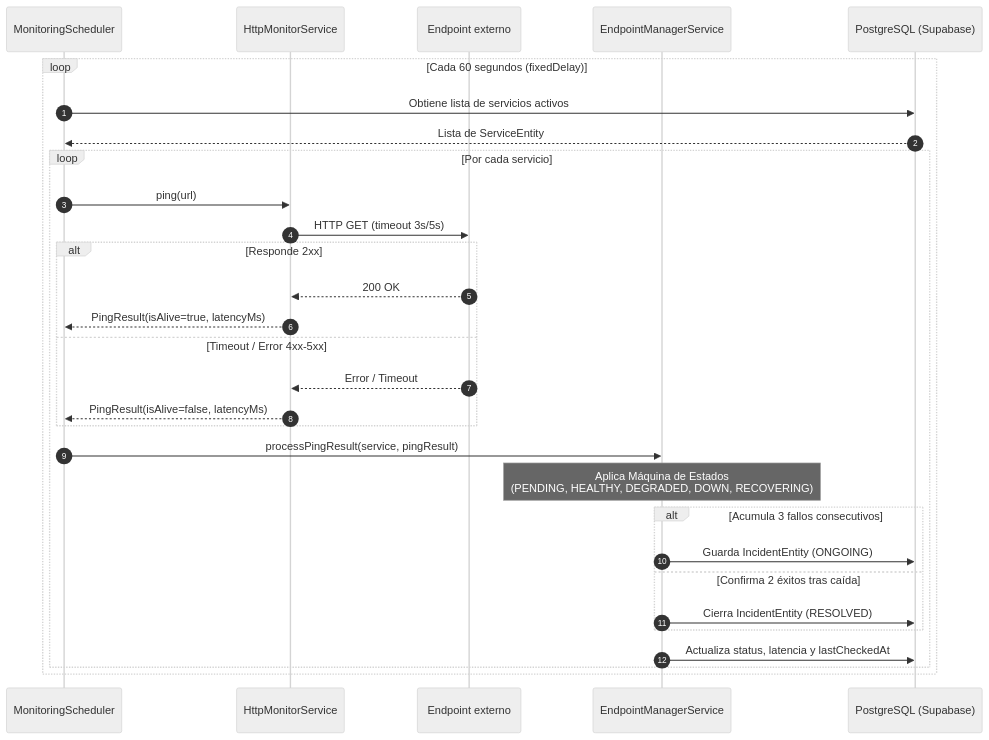
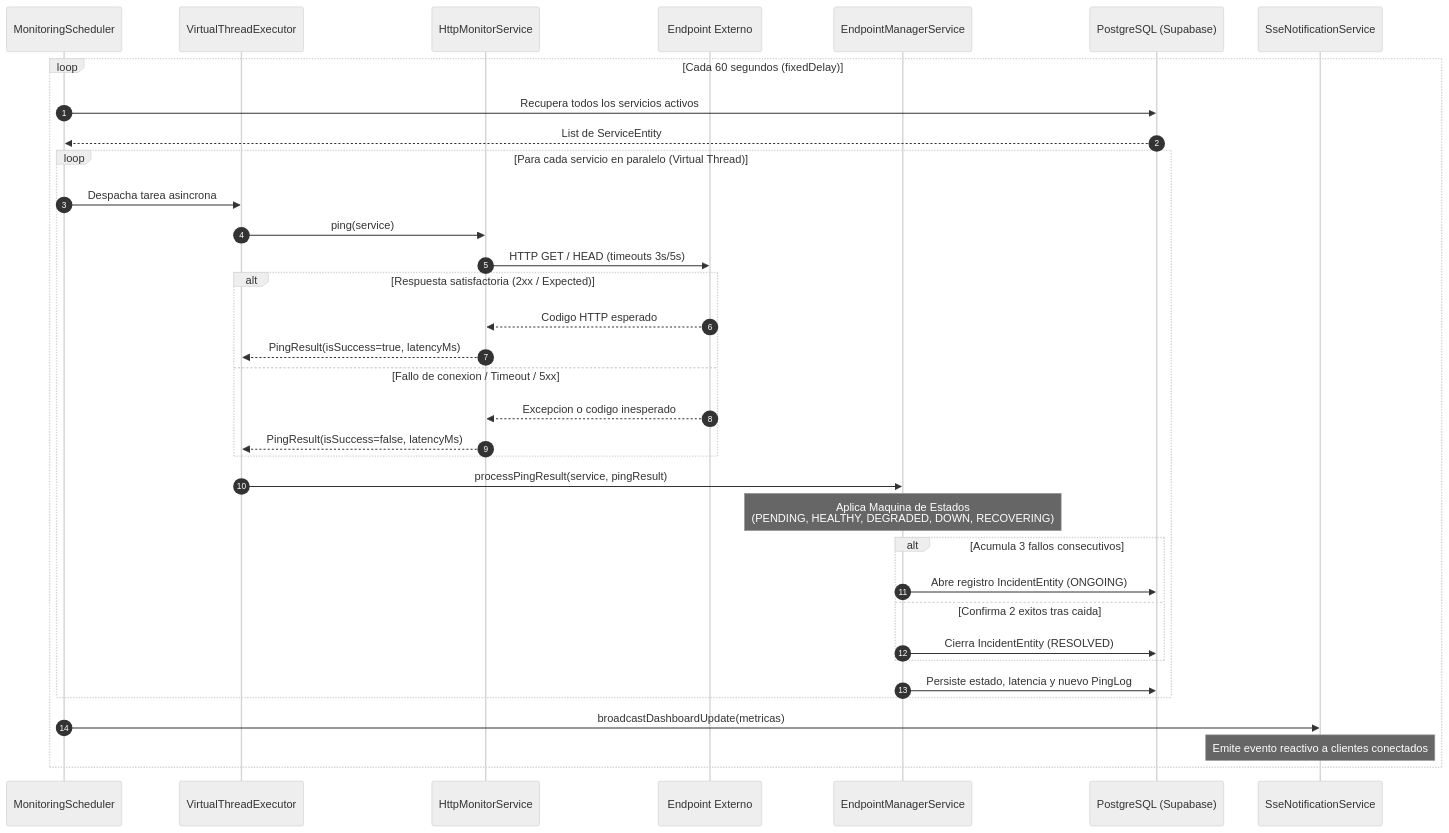
The third of 3 diagrams in docs/ARCHITECTURE.md (Marcosdaag/deploy-ops), drawn with Mermaid (neutral theme) before and after one commit. The commit also changed other lines of this file and 4 other files, not shown here.

````diff
--- a/docs/ARCHITECTURE.md
+++ b/docs/ARCHITECTURE.md
@@ -92,38 +134,44 @@
 ```mermaid
 sequenceDiagram
     autonumber
     participant S as MonitoringScheduler
+    participant VT as VirtualThreadExecutor
     participant H as HttpMonitorService
-    participant E as Endpoint externo
+    participant E as Endpoint Externo
     participant M as EndpointManagerService
     participant DB as PostgreSQL (Supabase)
+    participant SSE as SseNotificationService
 
     loop Cada 60 segundos (fixedDelay)
-        S->>DB: Obtiene lista de servicios activos
-        DB-->>S: Lista de ServiceEntity
+        S->>DB: Recupera todos los servicios activos
+        DB-->>S: List de ServiceEntity
         
-        loop Por cada servicio
-            S->>H: ping(url)
-            H->>E: HTTP GET (timeout 3s/5s)
+        loop Para cada servicio en paralelo (Virtual Thread)
+            S->>VT: Despacha tarea asincrona
+            VT->>H: ping(service)
+            H->>E: HTTP GET / HEAD (timeouts 3s/5s)
             
-            alt Responde 2xx
-                E-->>H: 200 OK
-                H-->>S: PingResult(isAlive=true, latencyMs)
-            else Timeout / Error 4xx-5xx
-                E-->>H: Error / Timeout
-                H-->>S: PingResult(isAlive=false, latencyMs)
+            alt Respuesta satisfactoria (2xx / Expected)
+                E-->>H: Codigo HTTP esperado
+                H-->>VT: PingResult(isSuccess=true, latencyMs)
+            else Fallo de conexion / Timeout / 5xx
+                E-->>H: Excepcion o codigo inesperado
+                H-->>VT: PingResult(isSuccess=false, latencyMs)
             end
             
-            S->>M: processPingResult(service, pingResult)
-            Note over M: Aplica Máquina de Estados<br/>(PENDING, HEALTHY, DEGRADED, DOWN, RECOVERING)
+            VT->>M: processPingResult(service, pingResult)
+            Note over M: Aplica Maquina de Estados<br/>(PENDING, HEALTHY, DEGRADED, DOWN, RECOVERING)
             
             alt Acumula 3 fallos consecutivos
-                M->>DB: Guarda IncidentEntity (ONGOING)
-            else Confirma 2 éxitos tras caída
+                M->>DB: Abre registro IncidentEntity (ONGOING)
+            else Confirma 2 exitos tras caida
                 M->>DB: Cierra IncidentEntity (RESOLVED)
             end
             
-            M->>DB: Actualiza status, latencia y lastCheckedAt
+            M->>DB: Persiste estado, latencia y nuevo PingLog
         end
+        
+        S->>SSE: broadcastDashboardUpdate(metricas)
+        Note over SSE: Emite evento reactivo a clientes conectados
     end
 ```
````
